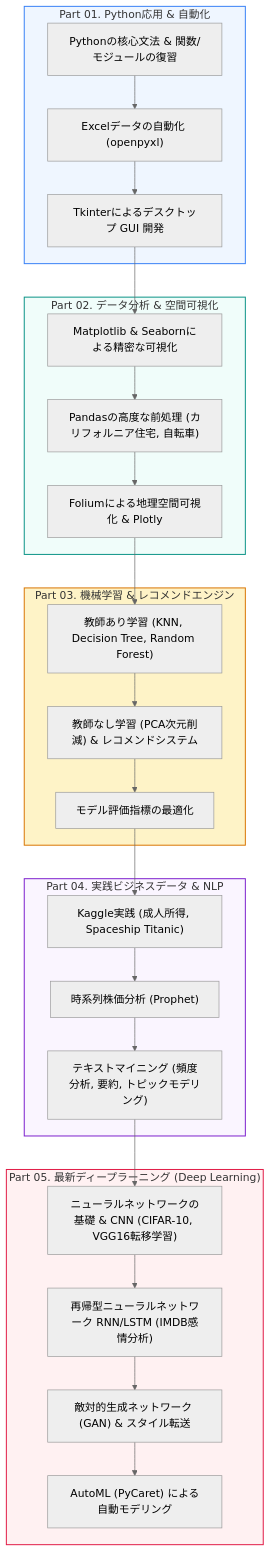
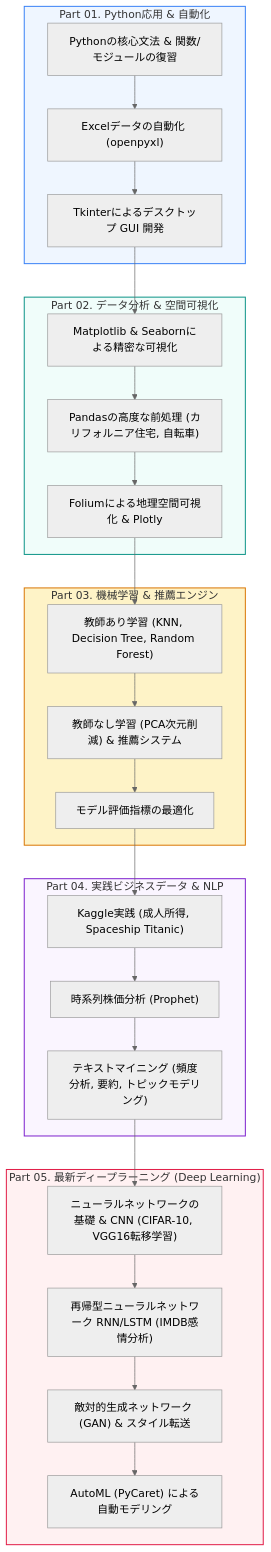
One commit to LDJWJ/CLASS_PY_LIB_LEVELUP changed the diagram in README.ja.md. Above: the diagram before and after it, drawn with Mermaid (neutral theme). The commit also changed other lines of this file and 1 other file, not shown here.

````diff
--- a/README.ja.md
+++ b/README.ja.md
@@ -34,45 +34,45 @@
 ```mermaid
 flowchart TD
     subgraph Part1 ["Part 01. Python応用 & 自動化"]
         A["Pythonの核心文法 & 関数/モジュールの復習"]
         B["Excelデータの自動化 (openpyxl)"]
         C["Tkinterによるデスクトップ GUI 開発"]
     end
 
     subgraph Part2 ["Part 02. データ分析 & 空間可視化"]
         D["Matplotlib & Seabornによる精密な可視化"]
         E["Pandasの高度な前処理 (カリフォルニア住宅, 自転車)"]
         F["Foliumによる地理空間可視化 & Plotly"]
     end
 
-    subgraph Part3 ["Part 03. 機械学習 & レコメンドエンジン"]
+    subgraph Part3 ["Part 03. 機械学習 & 推薦エンジン"]
         G["教師あり学習 (KNN, Decision Tree, Random Forest)"]
-        H["教師なし学習 (PCA次元削減) & レコメンドシステム"]
+        H["教師なし学習 (PCA次元削減) & 推薦システム"]
         I["モデル評価指標の最適化"]
     end
 
     subgraph Part4 ["Part 04. 実践ビジネスデータ & NLP"]
         J["Kaggle実践 (成人所得, Spaceship Titanic)"]
         K["時系列株価分析 (Prophet)"]
         L["テキストマイニング (頻度分析, 要約, トピックモデリング)"]
     end
 
     subgraph Part5 ["Part 05. 最新ディープラーニング (Deep Learning)"]
         M["ニューラルネットワークの基礎 & CNN (CIFAR-10, VGG16転移学習)"]
         N["再帰型ニューラルネットワーク RNN/LSTM (IMDB感情分析)"]
         O["敵対的生成ネットワーク (GAN) & スタイル転送"]
         P["AutoML (PyCaret) による自動モデリング"]
     end
 
     A --> B --> C --> D
     D --> E --> F --> G
     G --> H --> I --> J
     J --> K --> L --> M
     M --> N --> O --> P
 
     style Part1 fill:#EFF6FF,stroke:#3B82F6,stroke-width:1.5px
     style Part2 fill:#F0FDFA,stroke:#0D9488,stroke-width:1.5px
     style Part3 fill:#FEF3C7,stroke:#D97706,stroke-width:1.5px
     style Part4 fill:#FAF5FF,stroke:#7E22CE,stroke-width:1.5px
     style Part5 fill:#FFF1F2,stroke:#E11D48,stroke-width:1.5px
 ```
````
